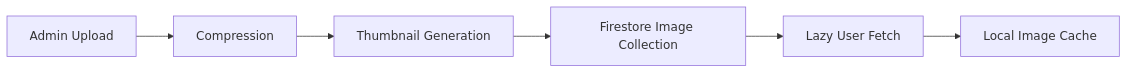
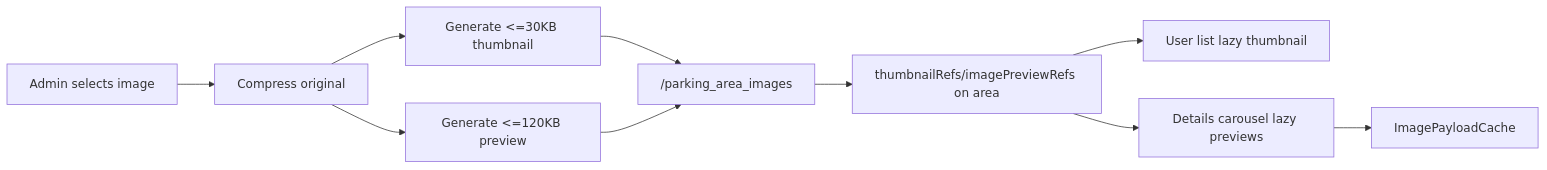
The eighth of 10 diagrams in docs/ARCHITECTURE.md (snehil-pandey/smart-parking-occupancy-system), drawn with Mermaid before and after one commit. The commit also changed other lines of this file and 5 other files, not shown here.

Commit message:
docs(firebase): update setup and runtime data flow

````diff
--- a/docs/ARCHITECTURE.md
+++ b/docs/ARCHITECTURE.md
@@ -107,8 +124,12 @@
 ```mermaid
 flowchart LR
-  Admin["Admin Upload"] --> Compress["Compression"]
-  Compress --> Thumb["Thumbnail Generation"]
-  Thumb --> Images["Firestore Image Collection"]
-  Images --> Lazy["Lazy User Fetch"]
-  Lazy --> Cache["Local Image Cache"]
+  Admin["Admin selects image"] --> Compress["Compress original"]
+  Compress --> Thumb["Generate <=30KB thumbnail"]
+  Compress --> Preview["Generate <=120KB preview"]
+  Thumb --> ImageDoc["/parking_area_images"]
+  Preview --> ImageDoc
+  ImageDoc --> Refs["thumbnailRefs/imagePreviewRefs on area"]
+  Refs --> UserList["User list lazy thumbnail"]
+  Refs --> Details["Details carousel lazy previews"]
+  Details --> Cache["ImagePayloadCache"]
 ```
````
